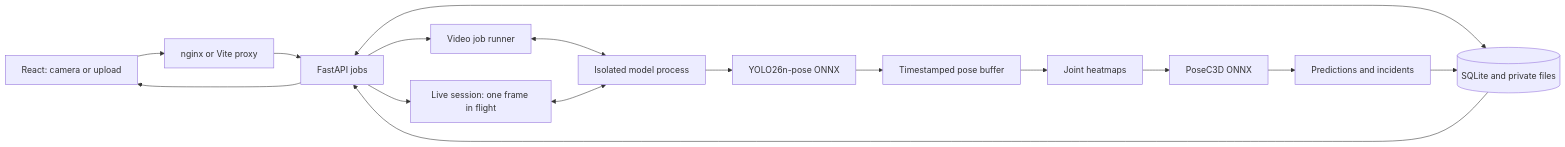
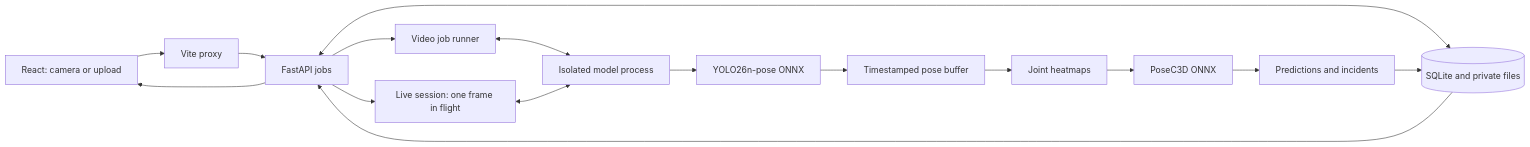
One commit to vihaanbishnoi/ICare changed the diagram in README.md. Above: the diagram before and after it, drawn with Mermaid. The commit also changed other lines of this file and 32 other files, not shown here.

````diff
--- a/README.md
+++ b/README.md
@@ -29,18 +28,18 @@
 ```mermaid
 flowchart LR
-    Browser[React: camera or upload] --> Proxy[nginx or Vite proxy]
+    Browser[React: camera or upload] --> Proxy[Vite proxy]
     Proxy --> API[FastAPI jobs]
     API --> Worker[Video job runner]
     API --> Live[Live session: one frame in flight]
     API <--> Store[(SQLite and private files)]
     Worker <--> Engine[Isolated model process]
     Live <--> Engine
     Engine --> Pose[YOLO26n-pose ONNX]
     Pose --> Buffer[Timestamped pose buffer]
     Buffer --> Heatmaps[Joint heatmaps]
     Heatmaps --> Model[PoseC3D ONNX]
     Model --> Results[Predictions and incidents]
     Results --> Store
     Store --> API
     API --> Browser
 ```
````
